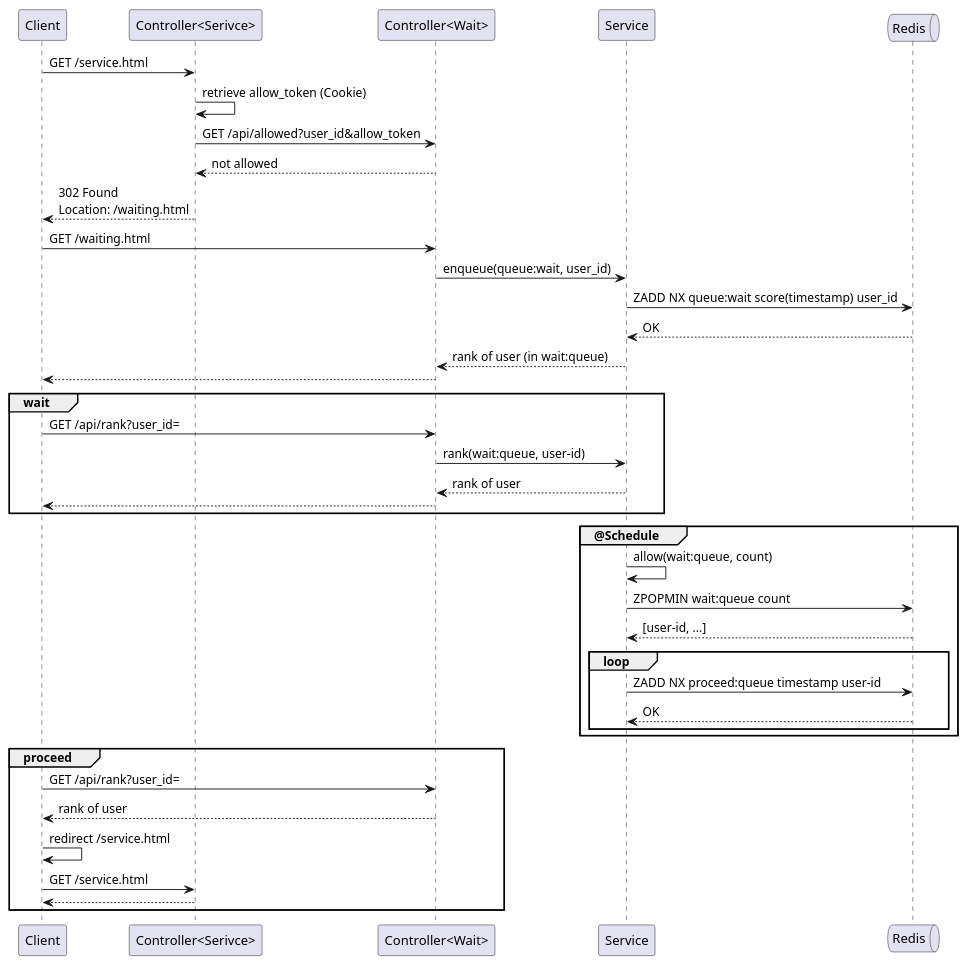
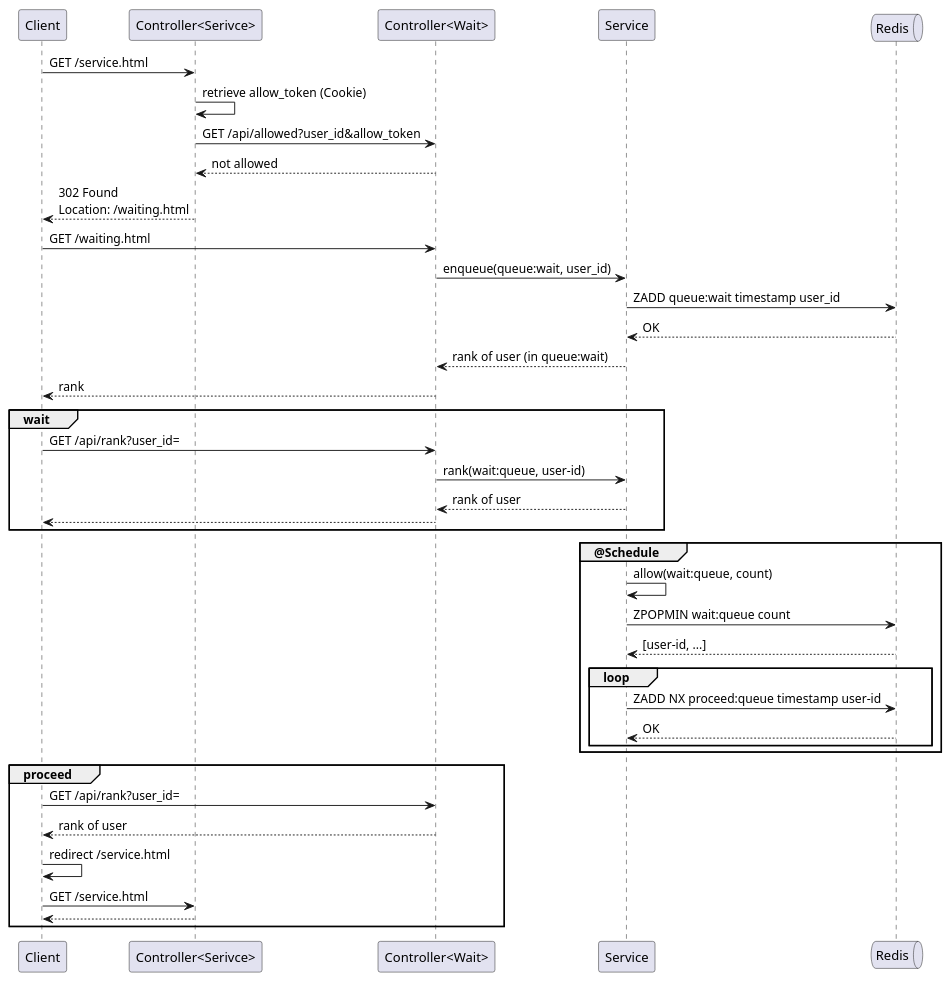
One commit to yanghoon/obsidian-workspace changed the diagram in _diary/2024-06-08.md. Above: the diagram before and after it, drawn with PlantUML.

Commit message:
vault backup: 2024-06-09 19:34:07

````diff
--- a/_diary/2024-06-08.md
+++ b/_diary/2024-06-08.md
@@ -11,49 +11,49 @@
 ```plantuml
 @startuml
 
 participant Client
 participant "Controller<Serivce>" as ServiceController
 participant "Controller<Wait>" as Controller
 participant Service
 queue Redis
 
 Client -> ServiceController: GET /service.html
 ServiceController -> ServiceController: retrieve allow_token (Cookie)
 ServiceController -> Controller: GET /api/allowed?user_id&allow_token
 ServiceController <-- Controller: not allowed
 Client <-- ServiceController: 302 Found\nLocation: /waiting.html
 
 Client -> Controller: GET /waiting.html
 Controller -> Service: enqueue(queue:wait, user_id)
-Service -> Redis: ZADD NX queue:wait score(timestamp) user_id
+Service -> Redis: ZADD queue:wait timestamp user_id
 Service <-- Redis: OK
-Controller <-- Service: rank of user (in wait:queue)
-Client <-- Controller
+Controller <-- Service: rank of user (in queue:wait)
+Client <-- Controller: rank
 
 group wait
 Client -> Controller: GET /api/rank?user_id=
 Controller -> Service: rank(wait:queue, user-id)
 Controller <-- Service: rank of user
 Client <-- Controller
 end
 
 group @Schedule
   Service -> Service: allow(wait:queue, count)
   Service -> Redis: ZPOPMIN wait:queue count
   Service <-- Redis: [user-id, ...]
   loop
     Service -> Redis: ZADD NX proceed:queue timestamp user-id
     Service <-- Redis: OK
   end
 end
 
 group proceed
   Client -> Controller: GET /api/rank?user_id=
   Client <-- Controller: rank of user
   Client -> Client: redirect /service.html
   Client -> ServiceController: GET /service.html
   Client <-- ServiceController
 end
 
 @enduml
 ```
````
